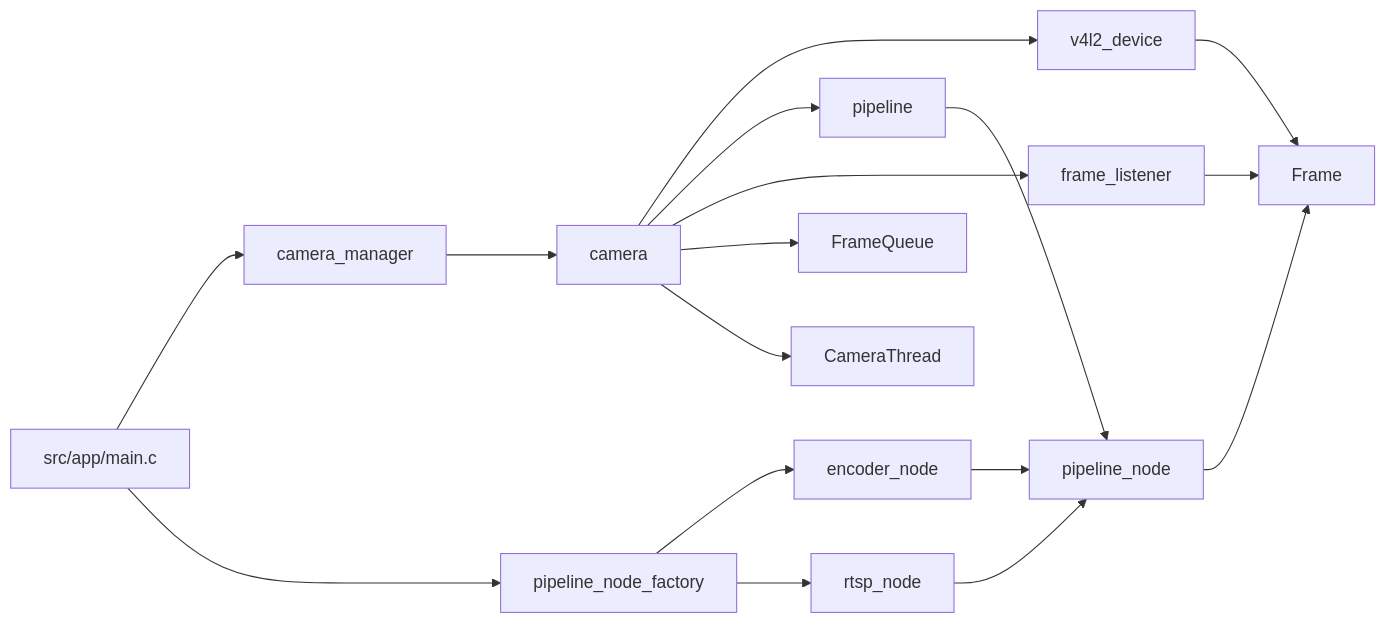
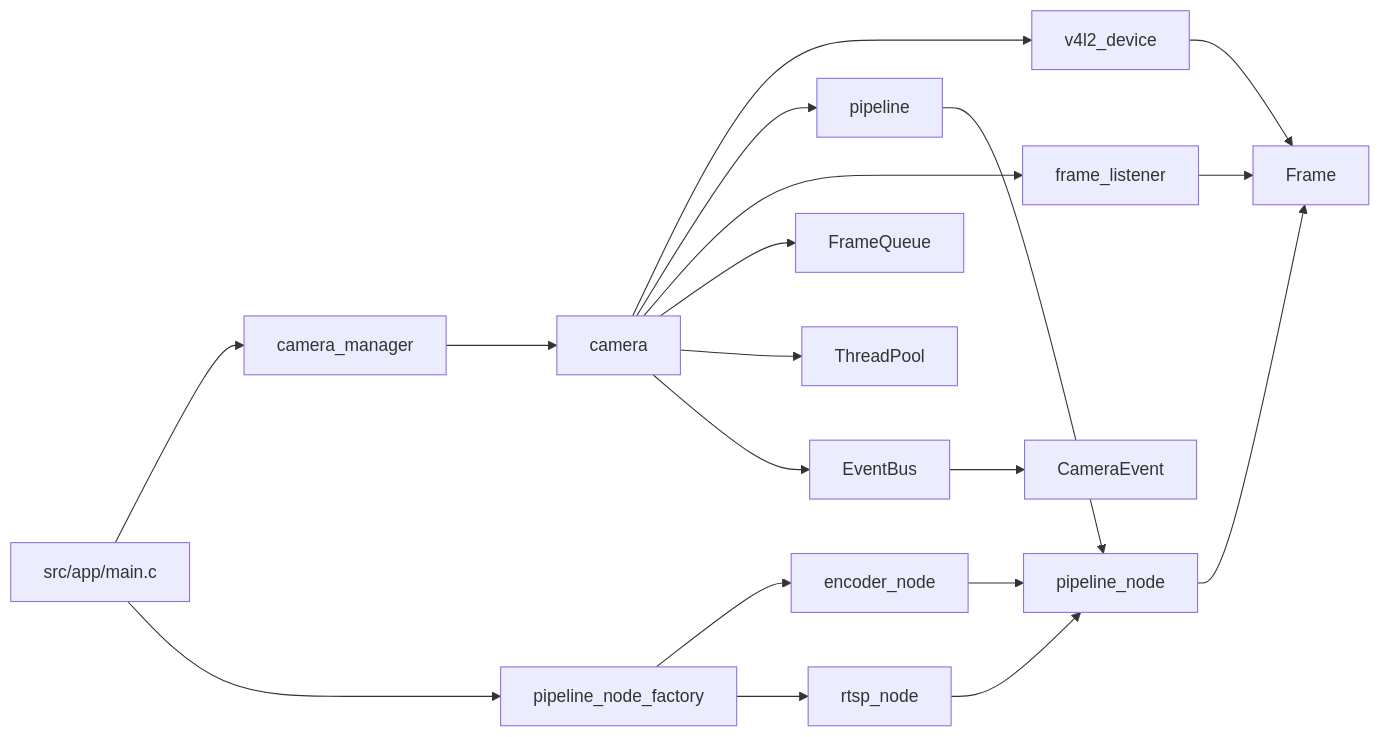
The seventh of 7 diagrams in CAMERA_FLOWCHARTS.md (originalcore/rk3588_camera), drawn with Mermaid before and after one commit. The commit also changed other lines of this file and 19 other files, not shown here.

Commit message:
Add thread pool and event bus modules

````diff
--- a/CAMERA_FLOWCHARTS.md
+++ b/CAMERA_FLOWCHARTS.md
@@ -177,22 +180,24 @@
 ```mermaid
 flowchart LR
     APP[src/app/main.c] --> CM[camera_manager]
     APP --> CF[pipeline_node_factory]
 
     CM --> CAM[camera]
     CAM --> V4L2[v4l2_device]
     CAM --> PL[pipeline]
     CAM --> FL[frame_listener]
     CAM --> FQ[FrameQueue]
-    CAM --> TH[CameraThread]
+    CAM --> TP[ThreadPool]
+    CAM --> EB[EventBus]
 
     PL --> PN[pipeline_node]
     CF --> ENC[encoder_node]
     CF --> RTSP[rtsp_node]
     ENC --> PN
     RTSP --> PN
 
     V4L2 --> FR[Frame]
     PN --> FR
     FL --> FR
+    EB --> EVT[CameraEvent]
 ```
````
